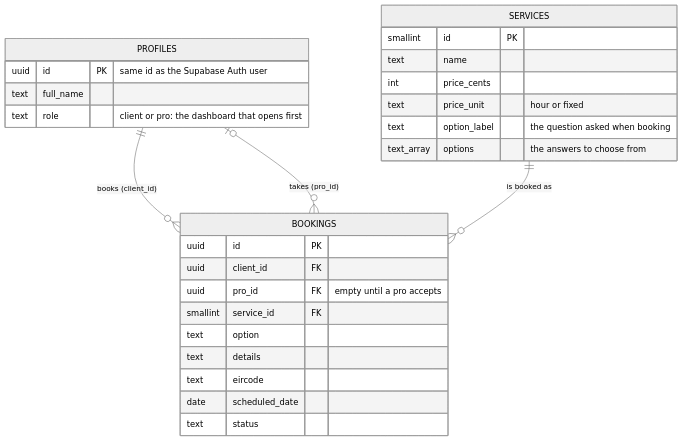
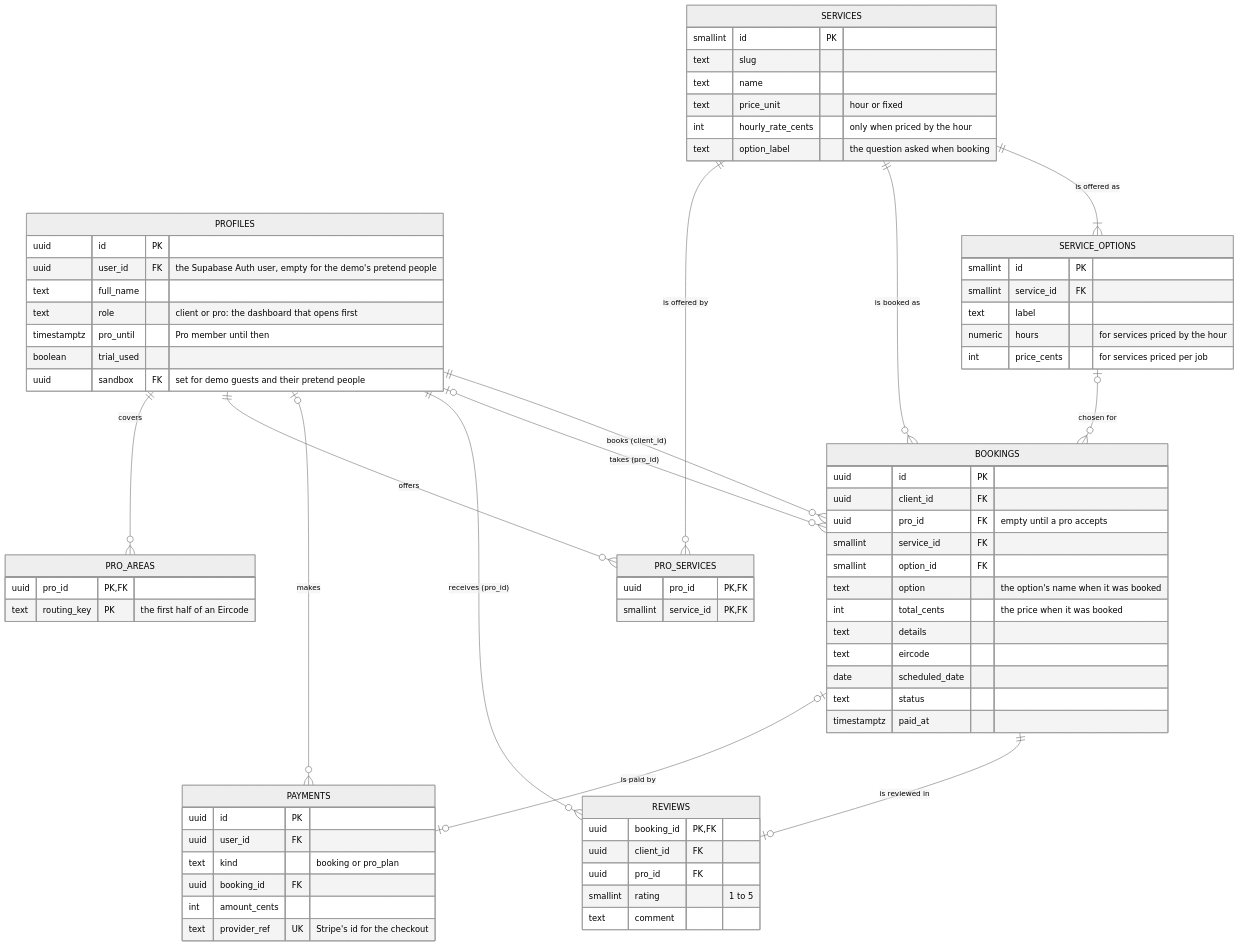
One commit to petronilo43/habitick changed the third of 6 diagrams in README.md. Above: the diagram before and after it, drawn with Mermaid (neutral theme). The commit also changed other lines of this file and 58 other files, not shown here.

Commit message:
Add reviews, exact prices, payments, Pro plan, demo and browser tests

````diff
--- a/README.md
+++ b/README.md
@@ -63,31 +295,77 @@
 ```mermaid
 erDiagram
     PROFILES ||--o{ BOOKINGS : "books (client_id)"
     PROFILES |o--o{ BOOKINGS : "takes (pro_id)"
+    SERVICES ||--|{ SERVICE_OPTIONS : "is offered as"
     SERVICES ||--o{ BOOKINGS : "is booked as"
+    SERVICE_OPTIONS |o--o{ BOOKINGS : "chosen for"
+    BOOKINGS ||--o| REVIEWS : "is reviewed in"
+    PROFILES ||--o{ REVIEWS : "receives (pro_id)"
+    BOOKINGS |o--o| PAYMENTS : "is paid by"
+    PROFILES |o--o{ PAYMENTS : "makes"
+    PROFILES ||--o{ PRO_SERVICES : "offers"
+    SERVICES ||--o{ PRO_SERVICES : "is offered by"
+    PROFILES ||--o{ PRO_AREAS : "covers"
 
     PROFILES {
-        uuid id PK "same id as the Supabase Auth user"
+        uuid id PK
+        uuid user_id FK "the Supabase Auth user, empty for the demo's pretend people"
         text full_name
         text role "client or pro: the dashboard that opens first"
+        timestamptz pro_until "Pro member until then"
+        boolean trial_used
+        uuid sandbox FK "set for demo guests and their pretend people"
     }
     SERVICES {
         smallint id PK
+        text slug
         text name
-        int price_cents
         text price_unit "hour or fixed"
+        int hourly_rate_cents "only when priced by the hour"
         text option_label "the question asked when booking"
-        text_array options "the answers to choose from"
+    }
+    SERVICE_OPTIONS {
+        smallint id PK
+        smallint service_id FK
+        text label
+        numeric hours "for services priced by the hour"
+        int price_cents "for services priced per job"
     }
     BOOKINGS {
         uuid id PK
         uuid client_id FK
         uuid pro_id FK "empty until a pro accepts"
         smallint service_id FK
-        text option
+        smallint option_id FK
+        text option "the option's name when it was booked"
+        int total_cents "the price when it was booked"
         text details
         text eircode
         date scheduled_date
         text status
+        timestamptz paid_at
+    }
+    REVIEWS {
+        uuid booking_id PK, FK
+        uuid client_id FK
+        uuid pro_id FK
+        smallint rating "1 to 5"
+        text comment
+    }
+    PAYMENTS {
+        uuid id PK
+        uuid user_id FK
+        text kind "booking or pro_plan"
+        uuid booking_id FK
+        int amount_cents
+        text provider_ref UK "Stripe's id for the checkout"
+    }
+    PRO_SERVICES {
+        uuid pro_id PK, FK
+        smallint service_id PK, FK
+    }
+    PRO_AREAS {
+        uuid pro_id PK, FK
+        text routing_key PK "the first half of an Eircode"
     }
 ```
````
